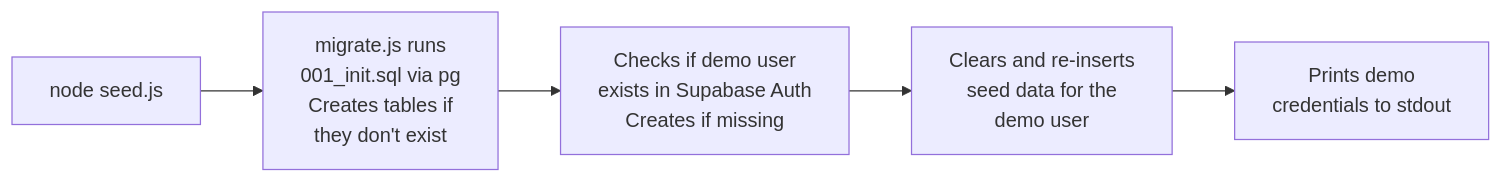
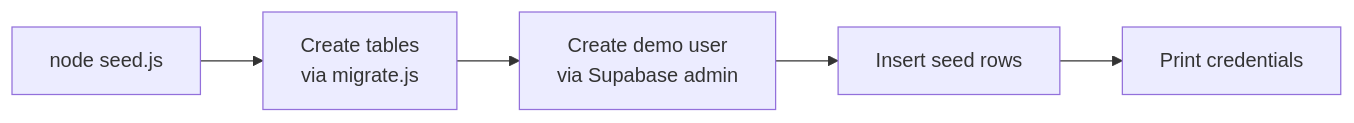
One commit to yousuf-labs/sprint-zero changed the fifth of 5 diagrams in README.md. Above: the diagram before and after it, drawn with Mermaid. The commit also changed other lines of this file and 1 other file, not shown here.

````diff
--- a/README.md
+++ b/README.md
@@ -232,7 +288,7 @@
 ```mermaid
 flowchart LR
-    A["node seed.js"] --> B["migrate.js runs\n001_init.sql via pg\nCreates tables if\nthey don't exist"]
-    B --> C["Checks if demo user\nexists in Supabase Auth\nCreates if missing"]
-    C --> D["Clears and re-inserts\nseed data for the\ndemo user"]
-    D --> E["Prints demo\ncredentials to stdout"]
+    A[node seed.js] --> B[Create tables<br/>via migrate.js]
+    B --> C[Create demo user<br/>via Supabase admin]
+    C --> D[Insert seed rows]
+    D --> E[Print credentials]
 ```
````
